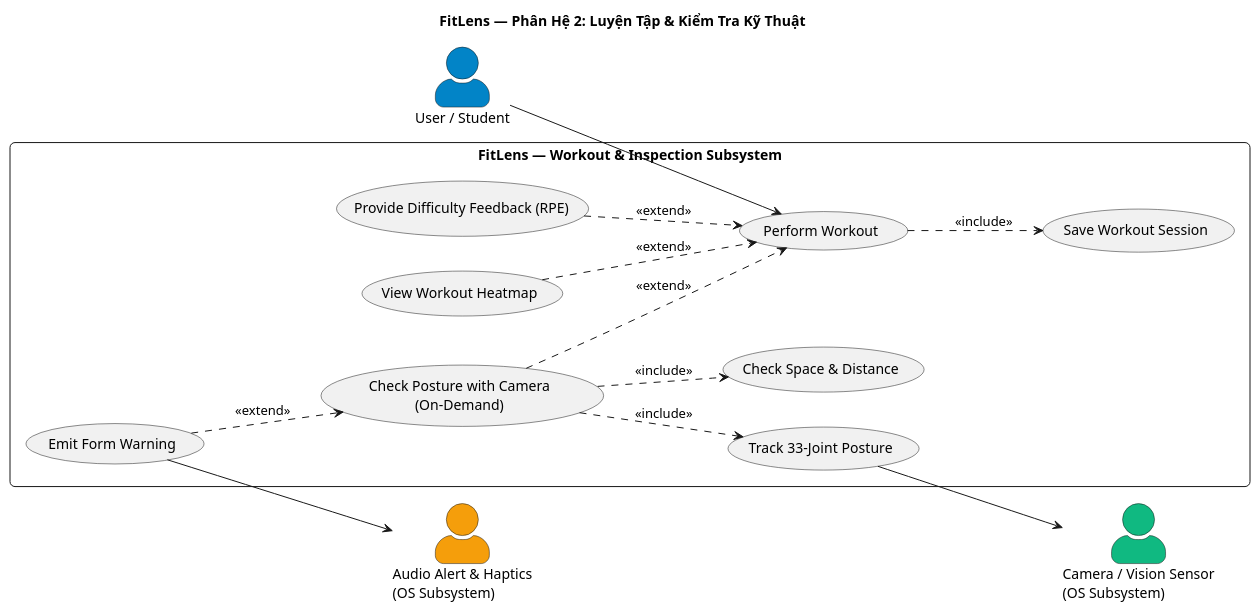
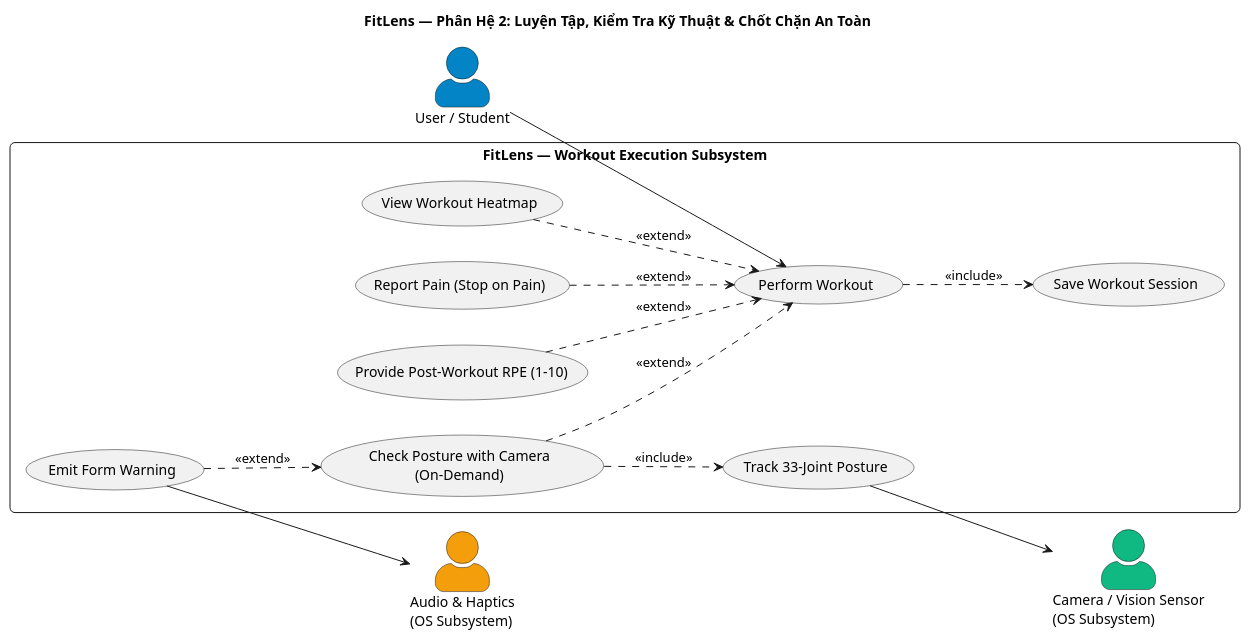
The fifth of 6 diagrams in docs/USE_CASE_DIAGRAM.md (NewFace819/FitLens), drawn with PlantUML before and after one commit. The commit also changed other lines of this file and 3 other files, not shown here.

Commit message:
docs: standardize use cases, unify post-workout RPE 1-10, remove calorie compensation, and add concise architecture

````diff
--- a/docs/USE_CASE_DIAGRAM.md
+++ b/docs/USE_CASE_DIAGRAM.md
@@ -152,39 +169,39 @@
 ```plantuml
-@startuml FitLens_Group2_Workout_Inspection
-title FitLens — Phân Hệ 2: Luyện Tập & Kiểm Tra Kỹ Thuật
+@startuml FitLens_Group2_Workout_SafetyGuard
+title FitLens — Phân Hệ 2: Luyện Tập, Kiểm Tra Kỹ Thuật & Chốt Chặn An Toàn
 left to right direction
 skinparam packageStyle rectangle
 skinparam actorStyle awesome
 skinparam roundcorner 10
 skinparam defaultFontName "Segoe UI", Arial, sans-serif
 
 actor "User / Student" as User #0284C7
 actor "Camera / Vision Sensor\n(OS Subsystem)" as PoseTracker #10B981
-actor "Audio Alert & Haptics\n(OS Subsystem)" as AudioSys #F59E0B
+actor "Audio & Haptics\n(OS Subsystem)" as AudioSys #F59E0B
 
-rectangle "FitLens — Workout & Inspection Subsystem" {
+rectangle "FitLens — Workout Execution Subsystem" {
   usecase "Perform Workout" as UC_Workout
   usecase "Save Workout Session" as UC_Save
+  usecase "Report Pain (Stop on Pain)" as UC_PainStop
   usecase "Check Posture with Camera\n(On-Demand)" as UC_CheckForm
-  usecase "Check Space & Distance" as UC_Space
   usecase "Track 33-Joint Posture" as UC_Track
   usecase "Emit Form Warning" as UC_Alert
-  usecase "Provide Difficulty Feedback (RPE)" as UC_RPE
+  usecase "Provide Post-Workout RPE (1-10)" as UC_RPE
   usecase "View Workout Heatmap" as UC_PostHeatmap
 }
 
 User --> UC_Workout
 
 UC_Workout ..> UC_Save : <<include>>
+UC_PainStop ..> UC_Workout : <<extend>>
 UC_CheckForm ..> UC_Workout : <<extend>>
 UC_RPE ..> UC_Workout : <<extend>>
 UC_PostHeatmap ..> UC_Workout : <<extend>>
 
-UC_CheckForm ..> UC_Space : <<include>>
 UC_CheckForm ..> UC_Track : <<include>>
 UC_Alert ..> UC_CheckForm : <<extend>>
 
 UC_Track --> PoseTracker
 UC_Alert --> AudioSys
 @enduml
 ```
````
